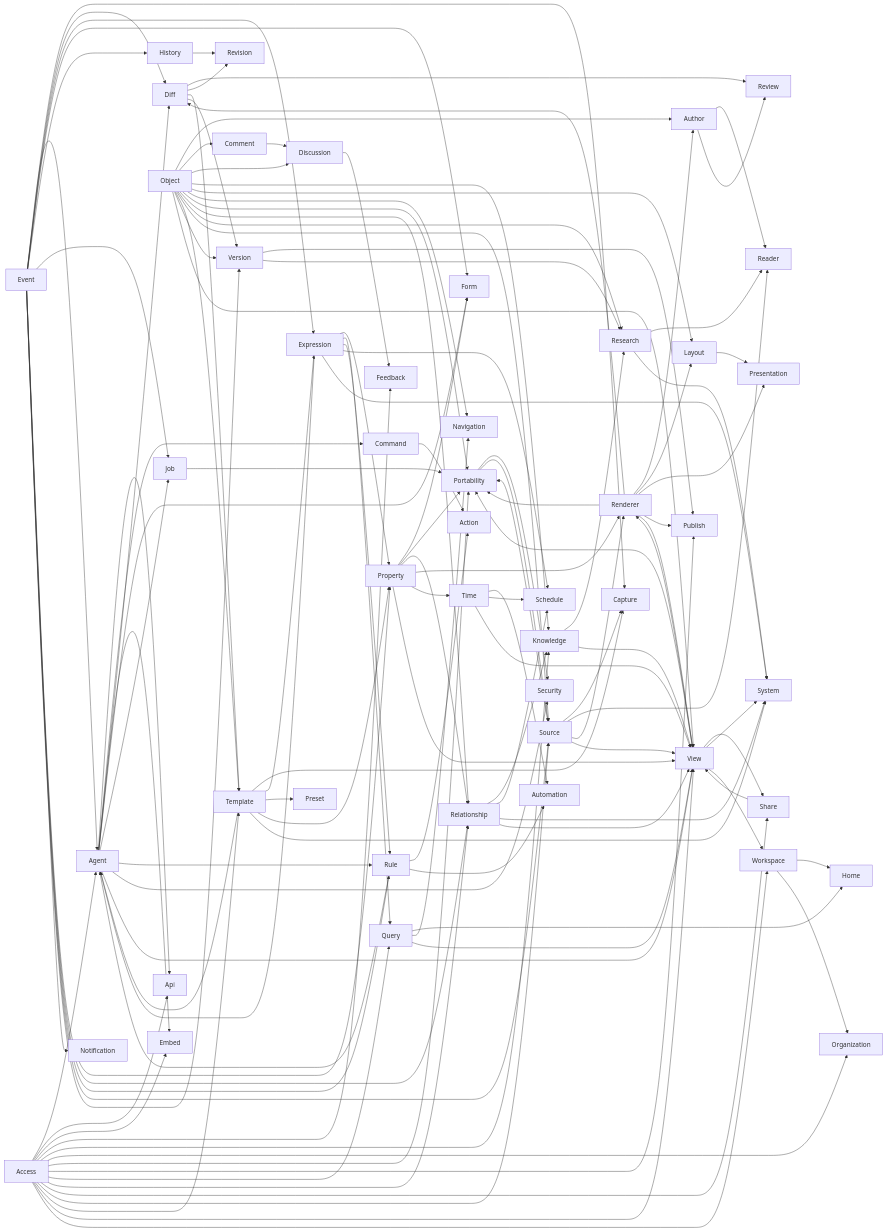
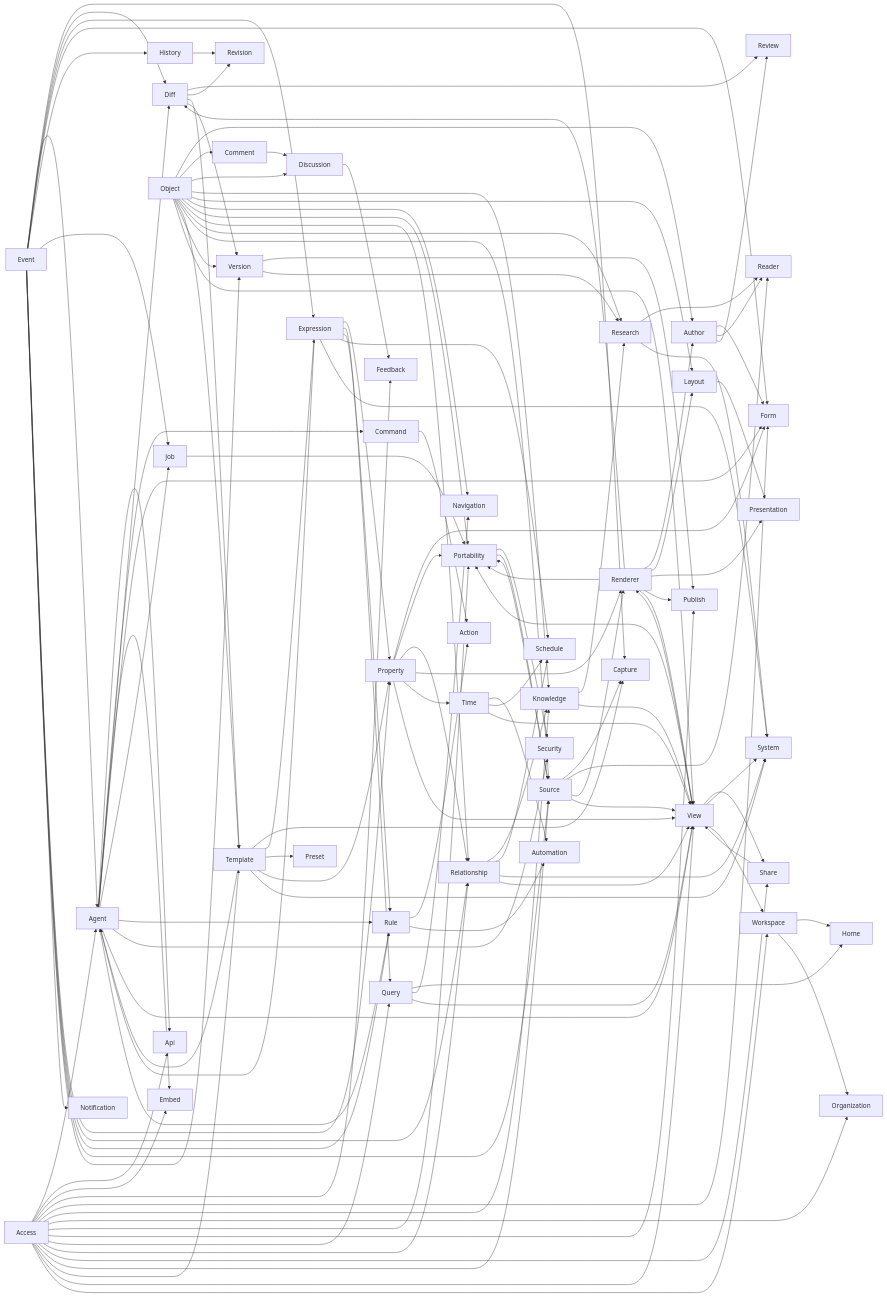
Before and after one commit to BuilderIO/agent-native: the diagram in templates/content/docs/product/encyclopedia.md, drawn with Mermaid. The commit also changed other lines of this file and 3 other files, not shown here.

```diff
--- a/templates/content/docs/product/encyclopedia.md
+++ b/templates/content/docs/product/encyclopedia.md
@@ -78,6 +78,7 @@
   family_access --> family_api
   family_access --> family_embed
   family_access --> family_feedback
+  family_access --> family_form
   family_access --> family_knowledge
   family_access --> family_organization
   family_access --> family_portability
@@ -98,6 +99,7 @@
   family_agent --> family_rule
   family_agent --> family_security
   family_agent --> family_view
+  family_author --> family_form
   family_author --> family_reader
   family_author --> family_review
   family_command --> family_action
```
